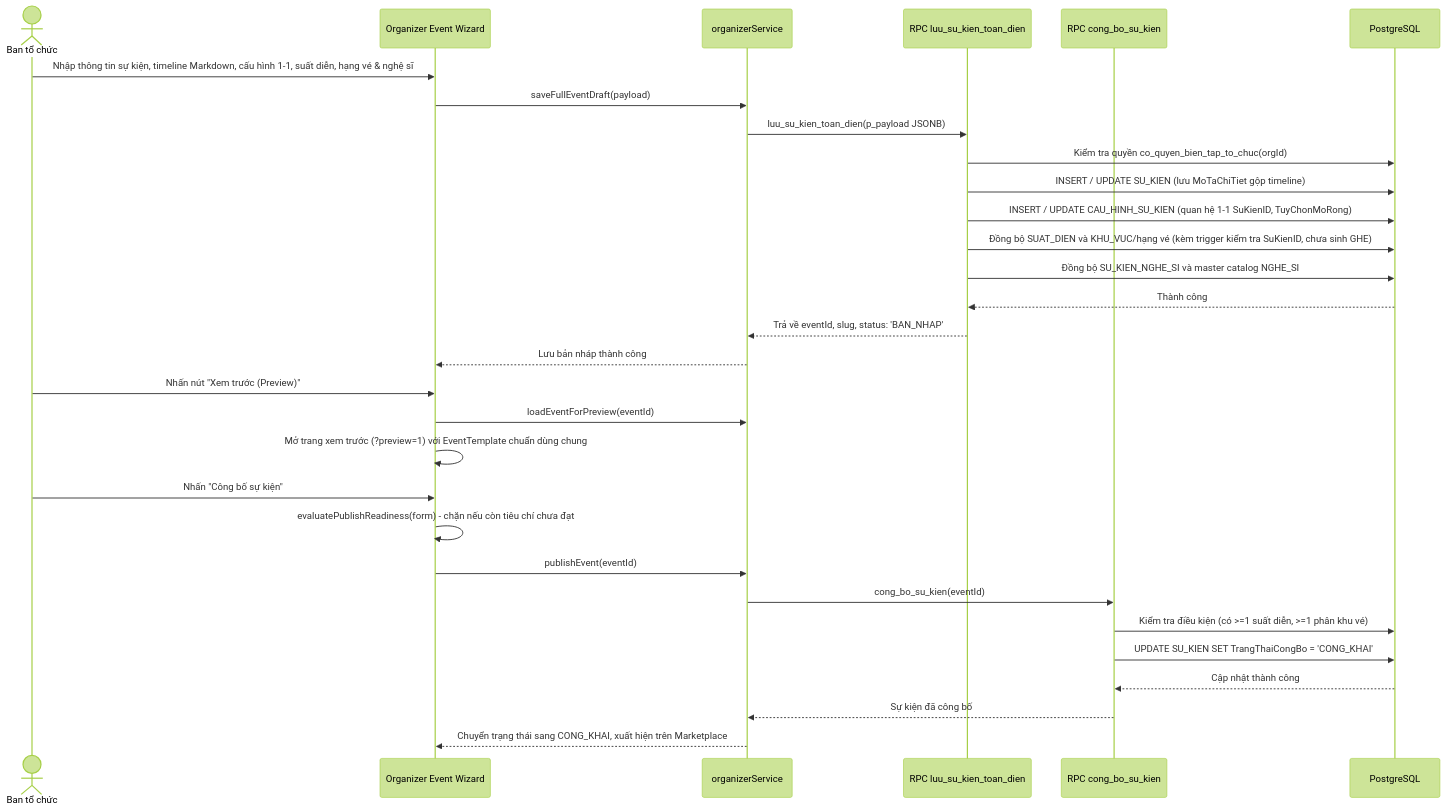
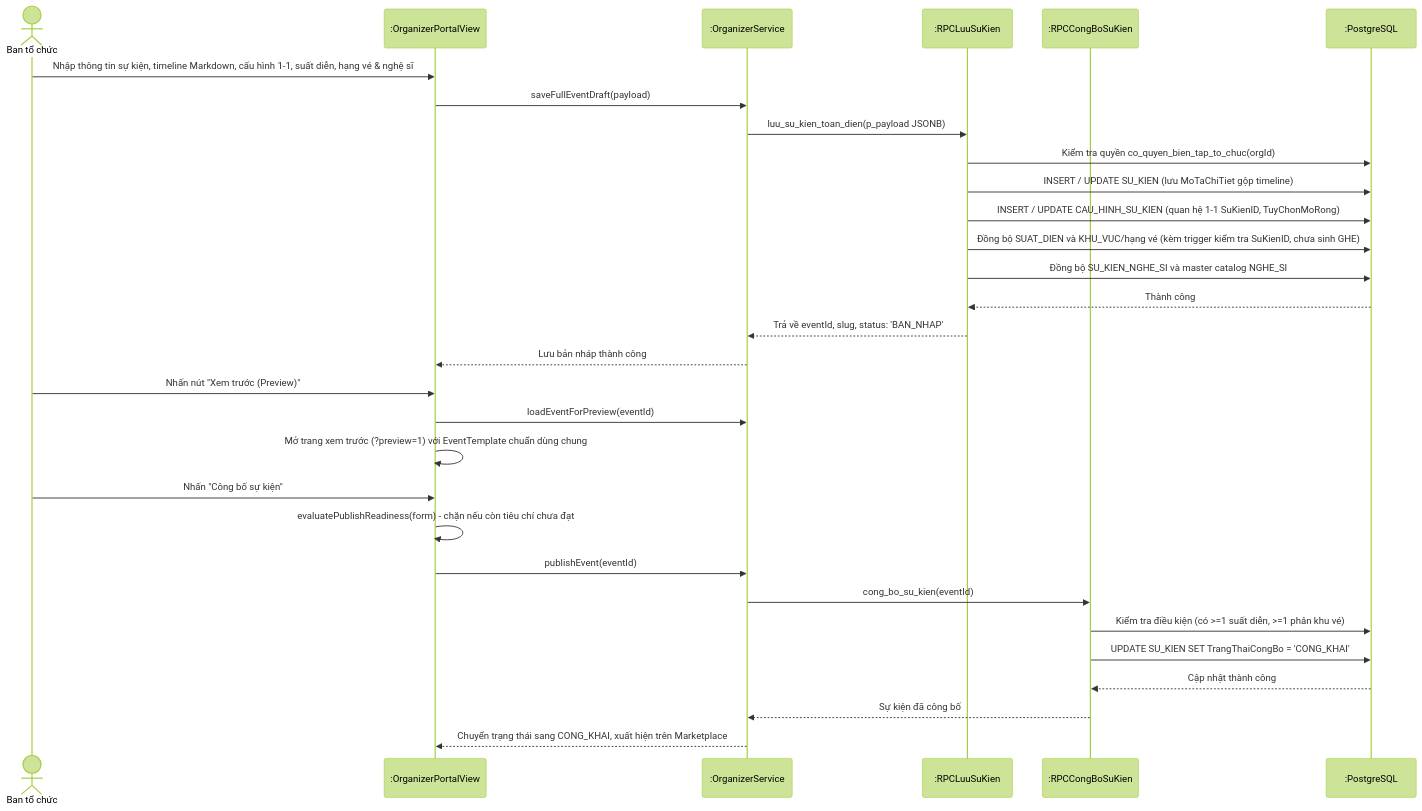
One commit to minhdc2011/EVENTTICKETING changed diagram 13 of 16 in docs/sprint1-deliverables/02_ANALYSIS_AND_SYSTEM_DESIGN.md. Above: the diagram before and after it, drawn with Mermaid (forest theme). The commit also changed other lines of this file, not shown here.

Commit message:
docs: add colon prefix to object lifelines in sequence diagrams

````diff
--- a/docs/sprint1-deliverables/02_ANALYSIS_AND_SYSTEM_DESIGN.md
+++ b/docs/sprint1-deliverables/02_ANALYSIS_AND_SYSTEM_DESIGN.md
@@ -922,35 +924,35 @@
 ```mermaid
 sequenceDiagram
   actor O as Ban tổ chức
-  participant UI as Organizer Event Wizard
-  participant OS as organizerService
-  participant RPC_SAVE as RPC luu_su_kien_toan_dien
-  participant RPC_PUB as RPC cong_bo_su_kien
-  participant DB as PostgreSQL
+  participant UI as :OrganizerPortalView
+  participant OS as :OrganizerService
+  participant RPC_SAVE as :RPCLuuSuKien
+  participant RPC_PUB as :RPCCongBoSuKien
+  participant DB as :PostgreSQL
 
   O->>UI: Nhập thông tin sự kiện, timeline Markdown, cấu hình 1-1, suất diễn, hạng vé & nghệ sĩ
   UI->>OS: saveFullEventDraft(payload)
   OS->>RPC_SAVE: luu_su_kien_toan_dien(p_payload JSONB)
   RPC_SAVE->>DB: Kiểm tra quyền co_quyen_bien_tap_to_chuc(orgId)
   RPC_SAVE->>DB: INSERT / UPDATE SU_KIEN (lưu MoTaChiTiet gộp timeline)
   RPC_SAVE->>DB: INSERT / UPDATE CAU_HINH_SU_KIEN (quan hệ 1-1 SuKienID, TuyChonMoRong)
   RPC_SAVE->>DB: Đồng bộ SUAT_DIEN và KHU_VUC/hạng vé (kèm trigger kiểm tra SuKienID, chưa sinh GHE)
   RPC_SAVE->>DB: Đồng bộ SU_KIEN_NGHE_SI và master catalog NGHE_SI
   DB-->>RPC_SAVE: Thành công
   RPC_SAVE-->>OS: Trả về eventId, slug, status: 'BAN_NHAP'
   OS-->>UI: Lưu bản nháp thành công
 
   O->>UI: Nhấn nút "Xem trước (Preview)"
   UI->>OS: loadEventForPreview(eventId)
   UI->>UI: Mở trang xem trước (?preview=1) với EventTemplate chuẩn dùng chung
 
   O->>UI: Nhấn "Công bố sự kiện"
   UI->>UI: evaluatePublishReadiness(form) - chặn nếu còn tiêu chí chưa đạt
   UI->>OS: publishEvent(eventId)
   OS->>RPC_PUB: cong_bo_su_kien(eventId)
   RPC_PUB->>DB: Kiểm tra điều kiện (có >=1 suất diễn, >=1 phân khu vé)
   RPC_PUB->>DB: UPDATE SU_KIEN SET TrangThaiCongBo = 'CONG_KHAI'
   DB-->>RPC_PUB: Cập nhật thành công
   RPC_PUB-->>OS: Sự kiện đã công bố
   OS-->>UI: Chuyển trạng thái sang CONG_KHAI, xuất hiện trên Marketplace
 ```
````
